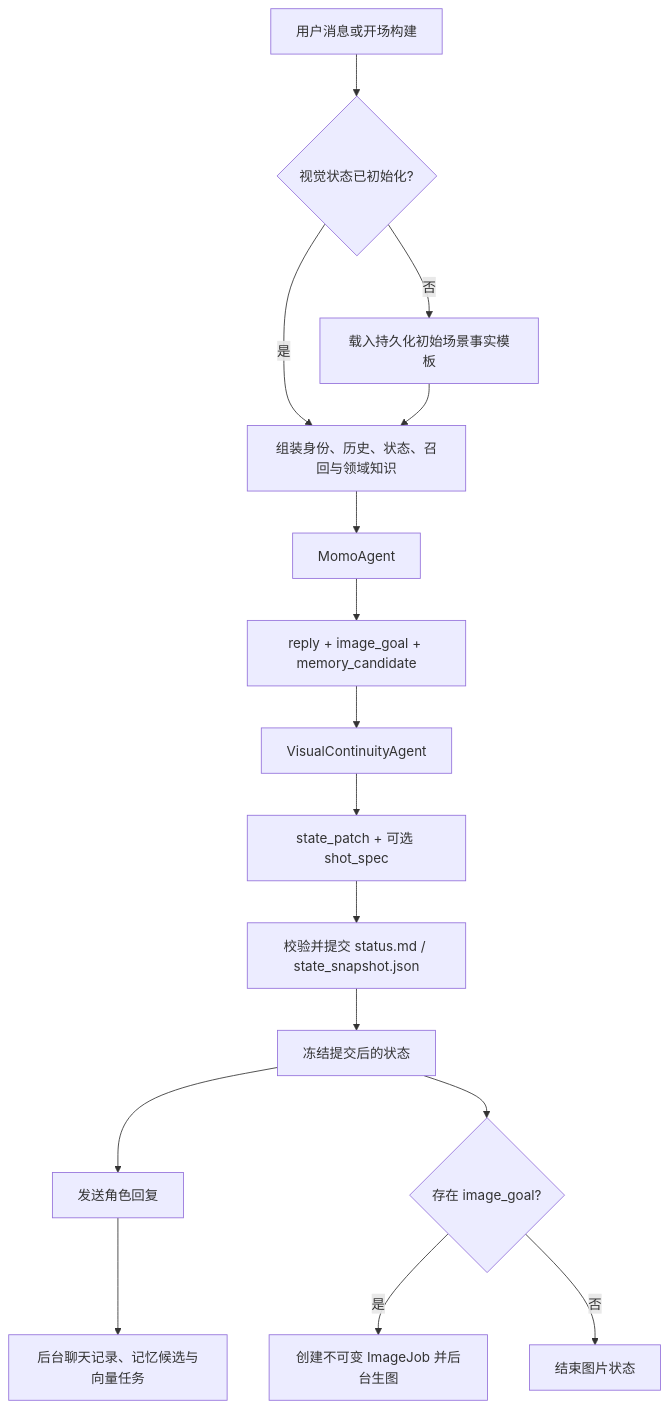
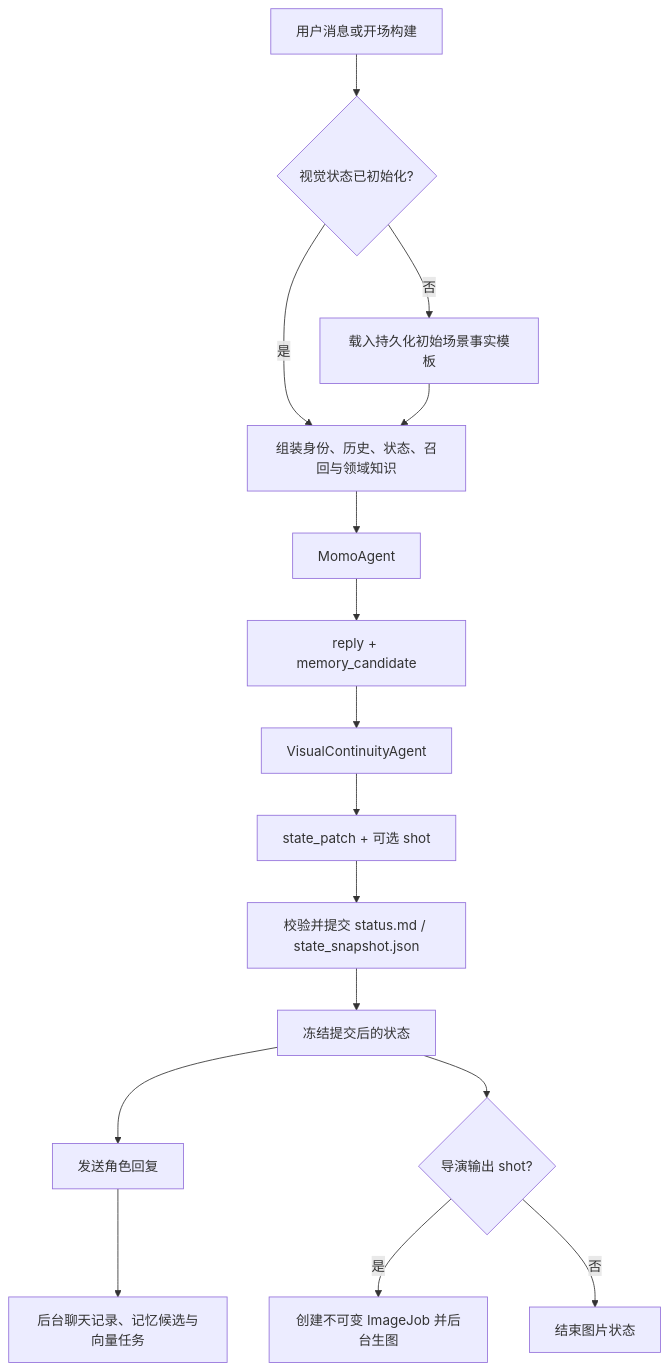
Before and after one commit to zhengendong/ai-gf-momo: the diagram in docs/ARCHITECTURE_INDEX.md, drawn with Mermaid. The commit also changed other lines of this file and 36 other files, not shown here.

Commit message:
Sync current architecture and settings

````diff
--- a/docs/ARCHITECTURE_INDEX.md
+++ b/docs/ARCHITECTURE_INDEX.md
@@ -37,18 +39,18 @@
 ```mermaid
 flowchart TD
   A["用户消息或开场构建"] --> A1{"视觉状态已初始化?"}
   A1 -- "否" --> A2["载入持久化初始场景事实模板"]
   A1 -- "是" --> B["组装身份、历史、状态、召回与领域知识"]
   A2 --> B
   B --> C["MomoAgent"]
-  C --> D["reply + image_goal + memory_candidate"]
+  C --> D["reply + memory_candidate"]
   D --> E["VisualContinuityAgent"]
-  E --> F["state_patch + 可选 shot_spec"]
+  E --> F["state_patch + 可选 shot"]
   F --> G["校验并提交 status.md / state_snapshot.json"]
   G --> H["冻结提交后的状态"]
   H --> I["发送角色回复"]
-  H --> J{"存在 image_goal?"}
+  H --> J{"导演输出 shot?"}
   J -- 是 --> K["创建不可变 ImageJob 并后台生图"]
   J -- 否 --> L["结束图片状态"]
   I --> M["后台聊天记录、记忆候选与向量任务"]
 ```
````
